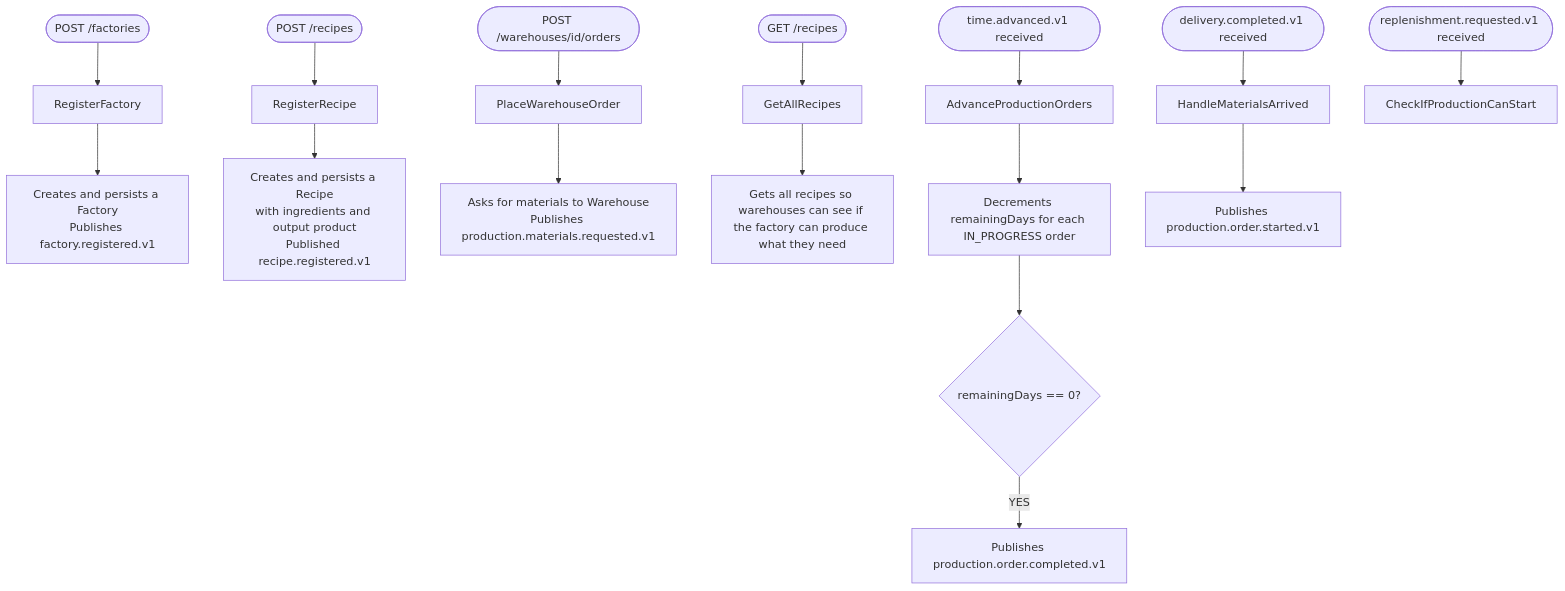
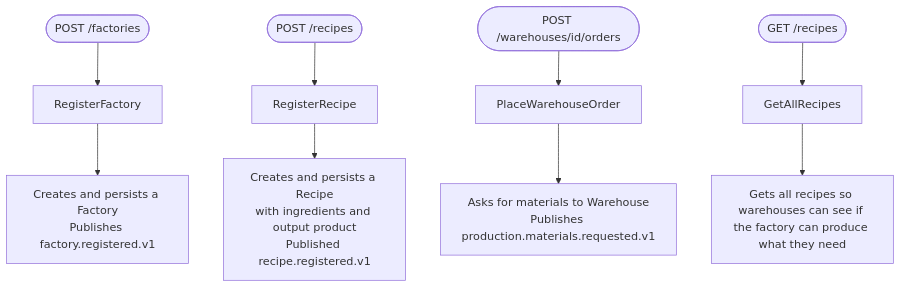
One commit to PauLopNun/workshop-suministros changed the second of 4 diagrams in production/ddd.md. Above: the diagram before and after it, drawn with Mermaid. The commit also changed other lines of this file, not shown here.

Commit message:
chore: refactored schemas

````diff
--- a/production/ddd.md
+++ b/production/ddd.md
@@ -163,18 +164,11 @@
 ```mermaid
 flowchart TD
     UC1([POST /factories]) --> A1[RegisterFactory]
     A1 --> A2[Creates and persists a Factory\nPublishes factory.registered.v1]
     UC2([POST /recipes]) --> B1[RegisterRecipe]
     B1 --> B2[Creates and persists a Recipe\nwith ingredients and output product\nPublished recipe.registered.v1]
     UC3([POST /warehouses/id/orders]) --> C1[PlaceWarehouseOrder]
     C1 --> C2[Asks for materials to Warehouse\nPublishes production.materials.requested.v1]
     UC4([GET /recipes]) --> D1[GetAllRecipes]
     D1 --> D2[Gets all recipes so warehouses can see if the factory can produce what they need]
-    UC5([time.advanced.v1 received]) --> E1[AdvanceProductionOrders]
-    E1 --> E2[Decrements remainingDays for each IN_PROGRESS order]
-    E2 --> E3{remainingDays == 0?}
-    E3 -->|YES| E4[Publishes production.order.completed.v1]
-    UC6([delivery.completed.v1 received]) --> F1[HandleMaterialsArrived]
-    F1 --> F2[Publishes production.order.started.v1]
-    UC7([replenishment.requested.v1 received]) --> G1[CheckIfProductionCanStart]
 ```
````
